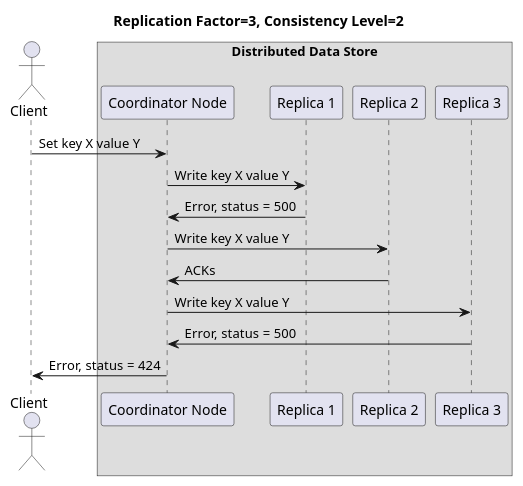
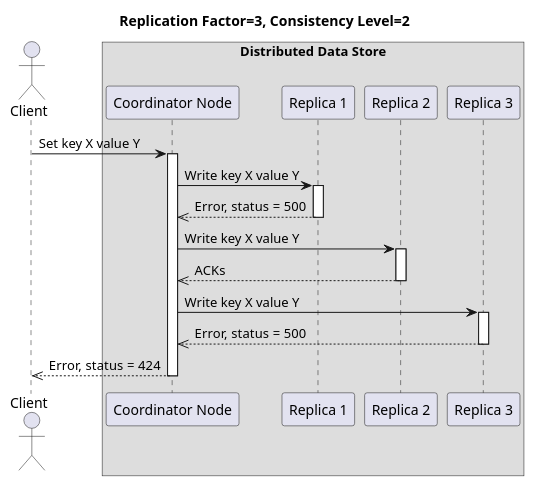
One commit to EliriaT/distributed-store changed the diagram in diagrams/sequence7.puml. Above: the diagram before and after it, drawn with PlantUML. The commit also changed 17 other files, not shown here.

Commit message:
Update diagrams..

```diff
--- a/diagrams/sequence7.puml
+++ b/diagrams/sequence7.puml
@@ -1,26 +1,33 @@
 @startuml
 
 title Replication Factor=3, Consistency Level=2
 
 actor Client as C
 box "Distributed Data Store"
 participant "Coordinator Node" as CN
 participant "Replica 1" as N1
 participant "Replica 2" as N2
 participant "Replica 3" as N3
 end box
 
 
 C -> CN : Set key X value Y
+activate CN
 CN -> N1 : Write key X value Y
-N1 -> CN : Error, status = 500
+activate N1
+N1 -->> CN : Error, status = 500
+deactivate N1
 
 CN -> N2 : Write key X value Y
-N2 -> CN : ACKs
+activate N2
+N2 -->> CN : ACKs
+deactivate N2
 
 CN -> N3 : Write key X value Y
-N3 -> CN : Error, status = 500
+activate N3
+N3 -->> CN : Error, status = 500
+deactivate N3
 
-CN -> C : Error, status = 424
-
+CN -->> C : Error, status = 424
+deactivate CN
 @enduml
```
